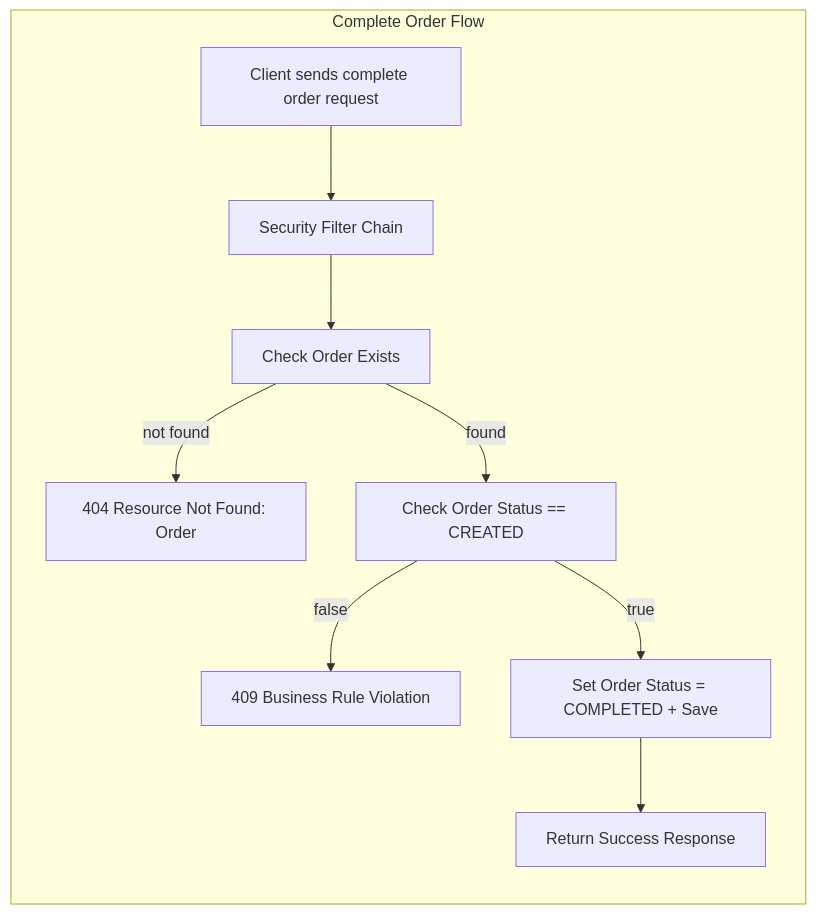
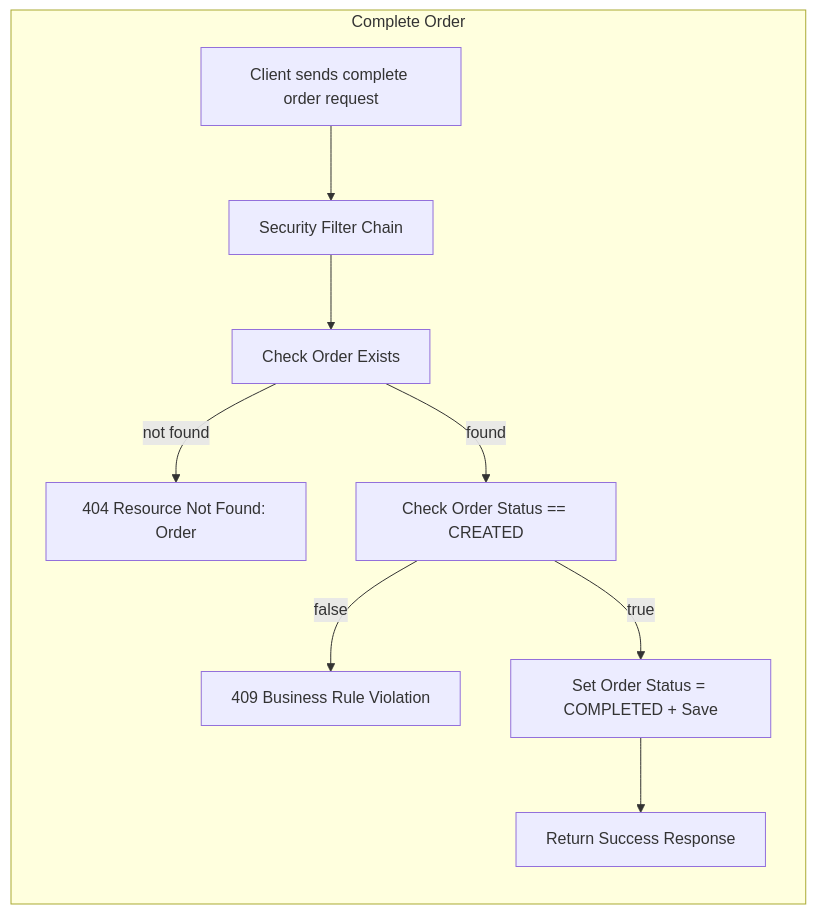
Before and after one commit to ahmedelsherif-osama/publisher-erp: the seventh of 8 diagrams in src/docs/orderflow.md, drawn with Mermaid. The commit also changed other lines of this file and 1 other file, not shown here.

Commit message:
docs: simplify auth and order flow diagrams by removing "Flow" from graph titles

````diff
--- a/src/docs/orderflow.md
+++ b/src/docs/orderflow.md
@@ -80,12 +80,12 @@
 ```mermaid
 graph RL;
-    subgraph "Complete Order Flow"
+    subgraph "Complete Order"
         U[Client sends complete order request] --> V[Security Filter Chain]
         V --> W[Check Order Exists]
         W -->|not found| X[404 Resource Not Found: Order]
         W -->|found| Y[Check Order Status == CREATED]
         Y -->|false| Z[409 Business Rule Violation]
         Y -->|true| AA[Set Order Status = COMPLETED + Save]
         AA --> AB[Return Success Response]
     end
 ```
````
